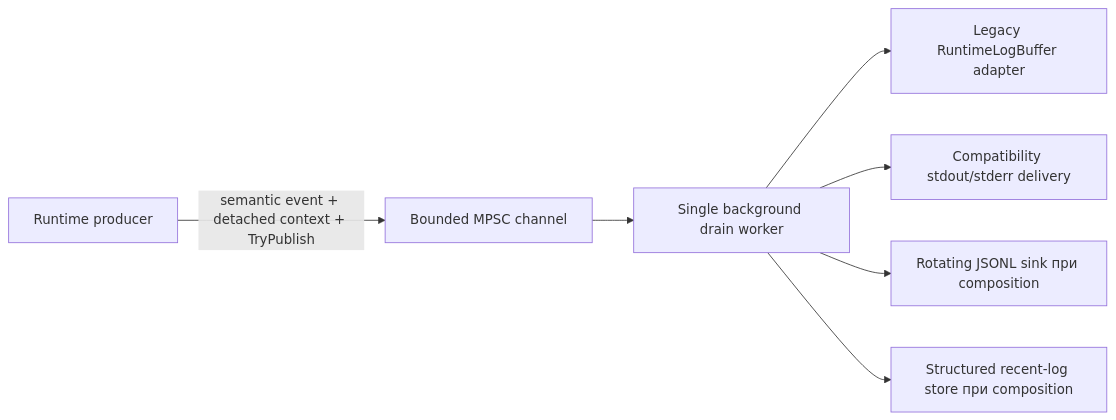
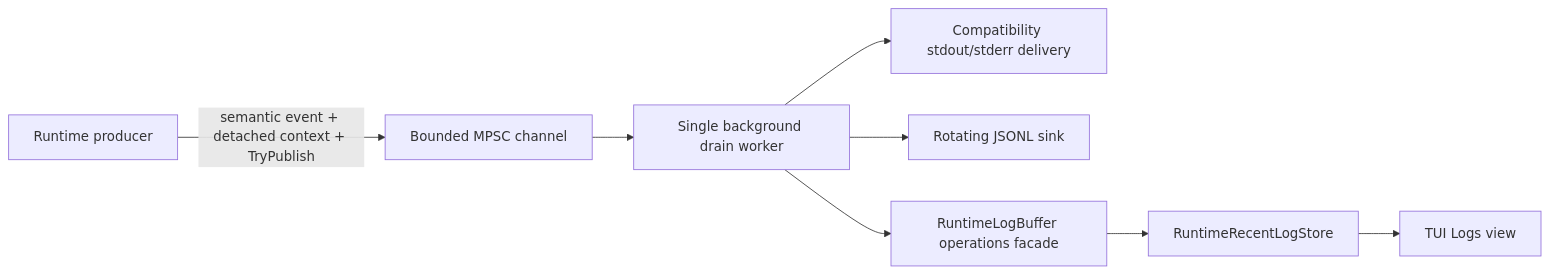
The diagram in docs/ru/observability-logging.md (VegaKernel/TerraRuntime), drawn with Mermaid before and after one commit. The commit also changed other lines of this file and 8 other files, not shown here.

First line of the commit message:
Observability: consolidate recent logs and configure live sinks

````diff
--- a/docs/ru/observability-logging.md
+++ b/docs/ru/observability-logging.md
@@ -9,9 +9,10 @@
 ```mermaid
 graph LR
     P[Runtime producer] -->|semantic event + detached context + TryPublish| Q[Bounded MPSC channel]
     Q --> W[Single background drain worker]
-    W --> O[Legacy RuntimeLogBuffer adapter]
     W --> C[Compatibility stdout/stderr delivery]
-    W --> J[Rotating JSONL sink при composition]
-    W --> R[Structured recent-log store при composition]
+    W --> J[Rotating JSONL sink]
+    W --> O[RuntimeLogBuffer operations facade]
+    O --> R[RuntimeRecentLogStore]
+    R --> T[TUI Logs view]
 ```
````
